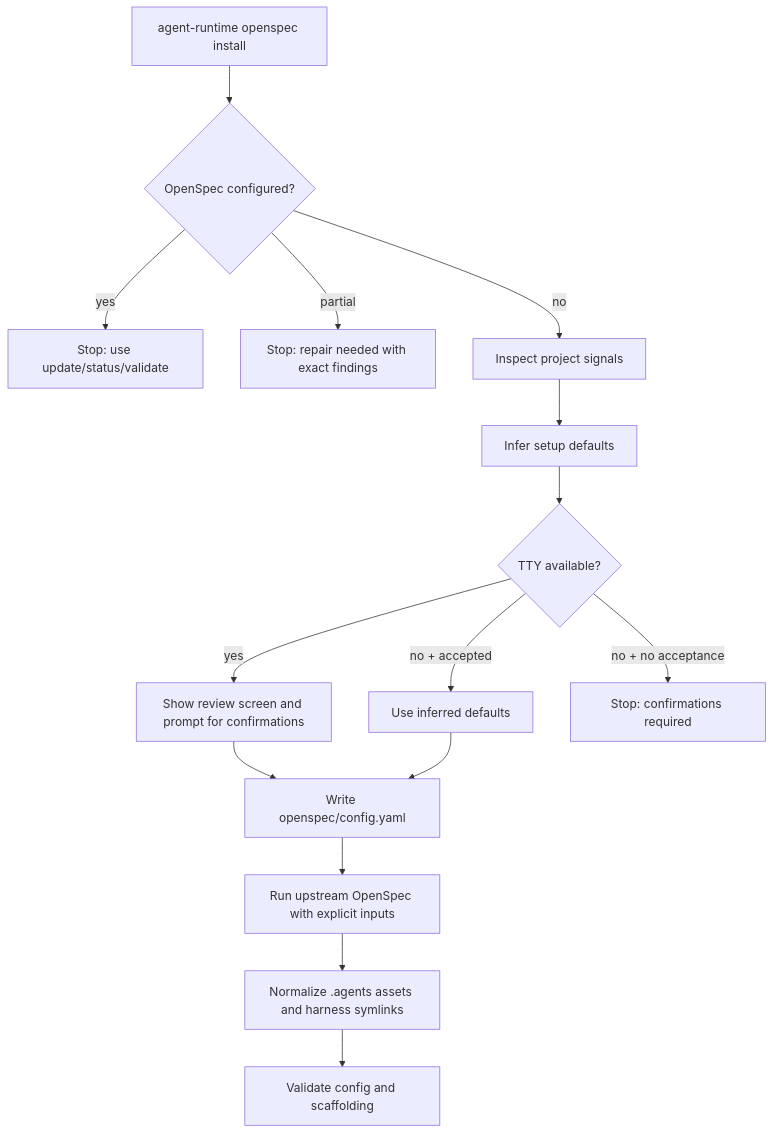
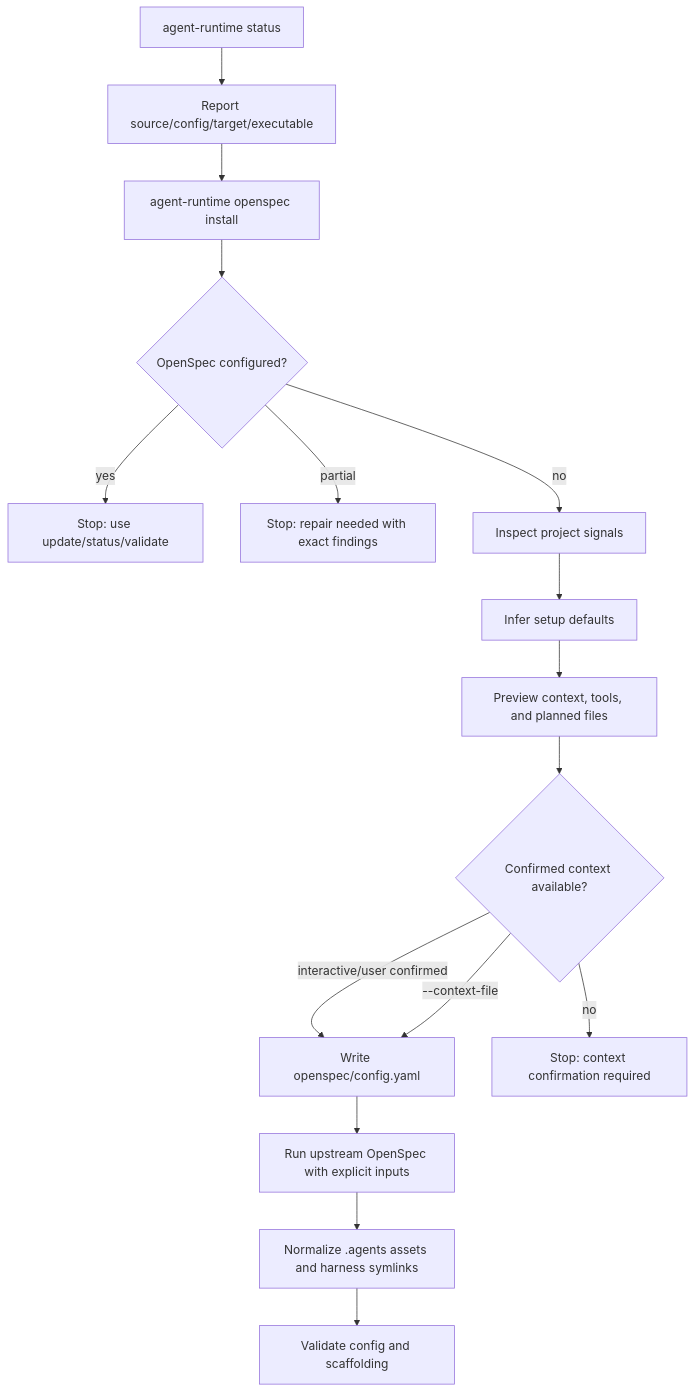
The diagram in .agents/plans/openspec-guided-runtime-setup.md (renehernandez/ai), drawn with Mermaid before and after one commit. The commit also changed other lines of this file, not shown here.

Commit message:
Plan centralized agent runtime CLI setup

````diff
--- a/.agents/plans/openspec-guided-runtime-setup.md
+++ b/.agents/plans/openspec-guided-runtime-setup.md
@@ -108,17 +152,18 @@
 ```mermaid
 flowchart TD
-  command[agent-runtime openspec install] --> detect{OpenSpec configured?}
+  global[agent-runtime status] --> roots[Report source/config/target/executable]
+  roots --> command[agent-runtime openspec install]
+  command --> detect{OpenSpec configured?}
   detect -->|yes| block[Stop: use update/status/validate]
   detect -->|partial| repair[Stop: repair needed with exact findings]
   detect -->|no| inspect[Inspect project signals]
   inspect --> infer[Infer setup defaults]
-  infer --> tty{TTY available?}
-  tty -->|yes| review[Show review screen and prompt for confirmations]
-  tty -->|no + accepted| accept[Use inferred defaults]
-  tty -->|no + no acceptance| headless[Stop: confirmations required]
-  review --> config[Write openspec/config.yaml]
-  accept --> config
+  infer --> review[Preview context, tools, and planned files]
+  review --> confirm{Confirmed context available?}
+  confirm -->|interactive/user confirmed| config[Write openspec/config.yaml]
+  confirm -->|--context-file| config
+  confirm -->|no| headless[Stop: context confirmation required]
   config --> generate[Run upstream OpenSpec with explicit inputs]
   generate --> normalize[Normalize .agents assets and harness symlinks]
   normalize --> validate[Validate config and scaffolding]
 ```
````
